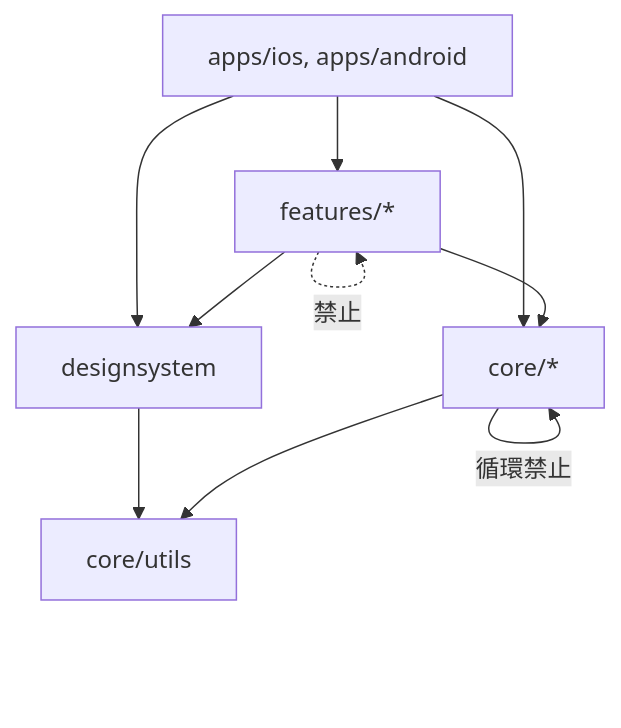
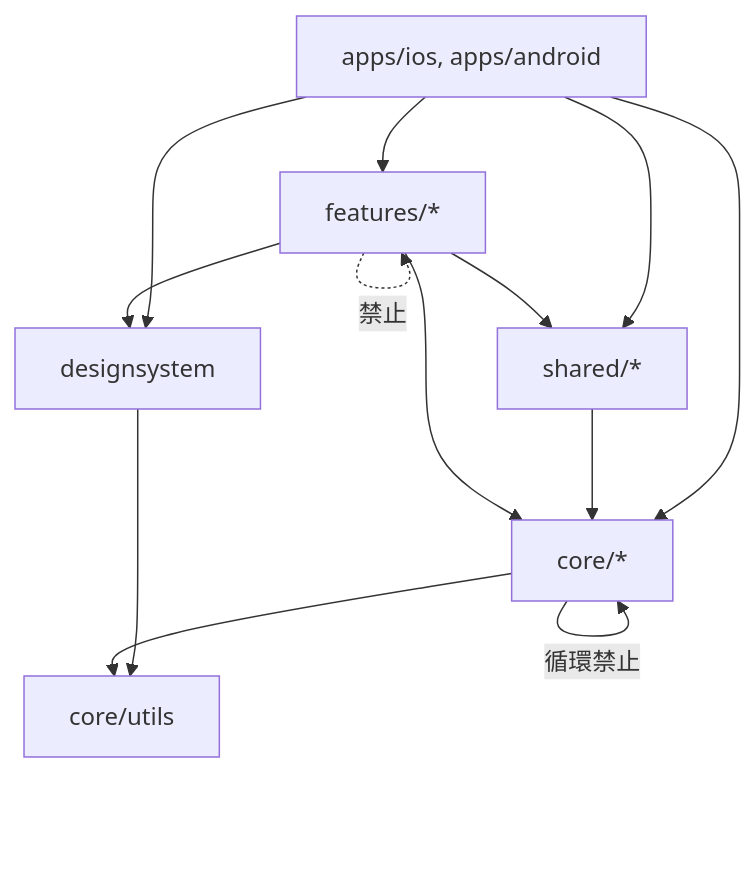
One commit to imk1t/native-sync-template changed the first of 2 diagrams in README.md. Above: the diagram before and after it, drawn with Mermaid. The commit also changed other lines of this file and 234 other files, not shown here.

````diff
--- a/README.md
+++ b/README.md
@@ -128,12 +133,15 @@
 ```mermaid
 flowchart TD
     apps["apps/ios, apps/android"] --> features["features/*"]
     apps --> designsystem
     apps --> core["core/*"]
+    apps --> shared["shared/*"]
+    features --> shared
+    shared --> core
     features --> designsystem
     features --> core
     features -.->|禁止| features
     designsystem --> utils["core/utils"]
     core --> utils
     core -->|循環禁止| core
 ```
````
